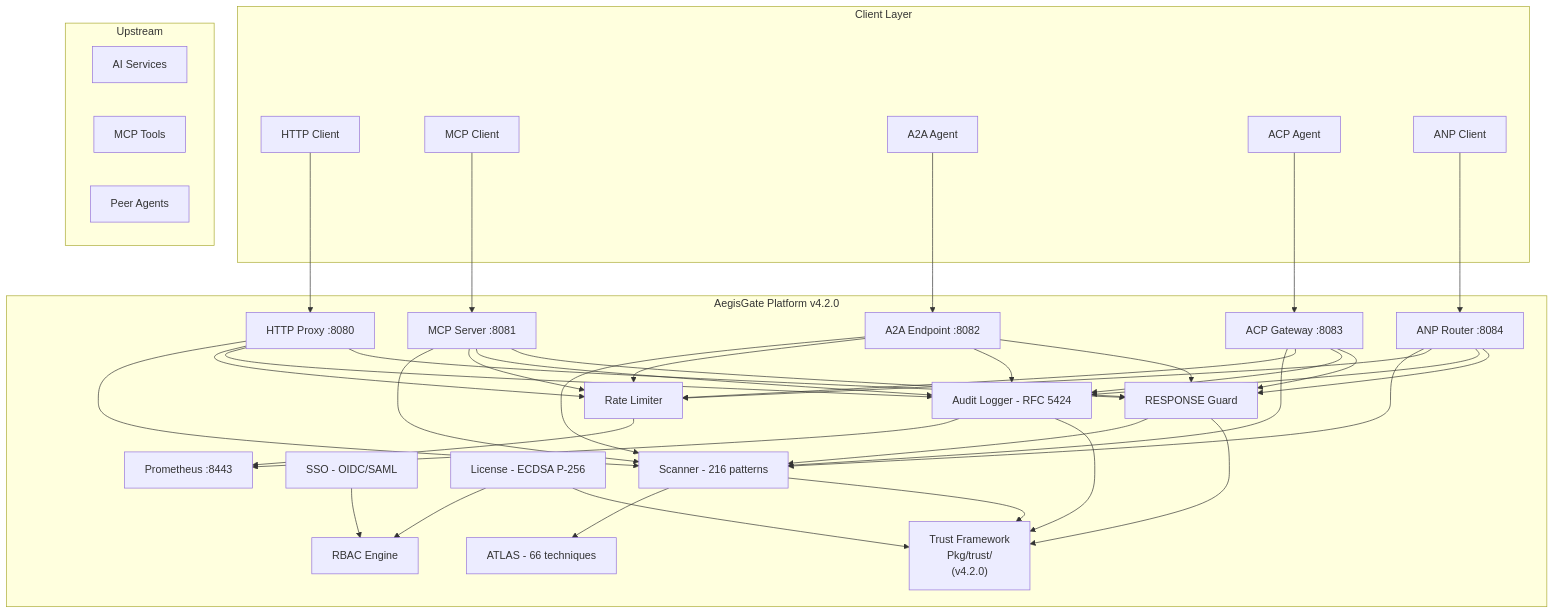
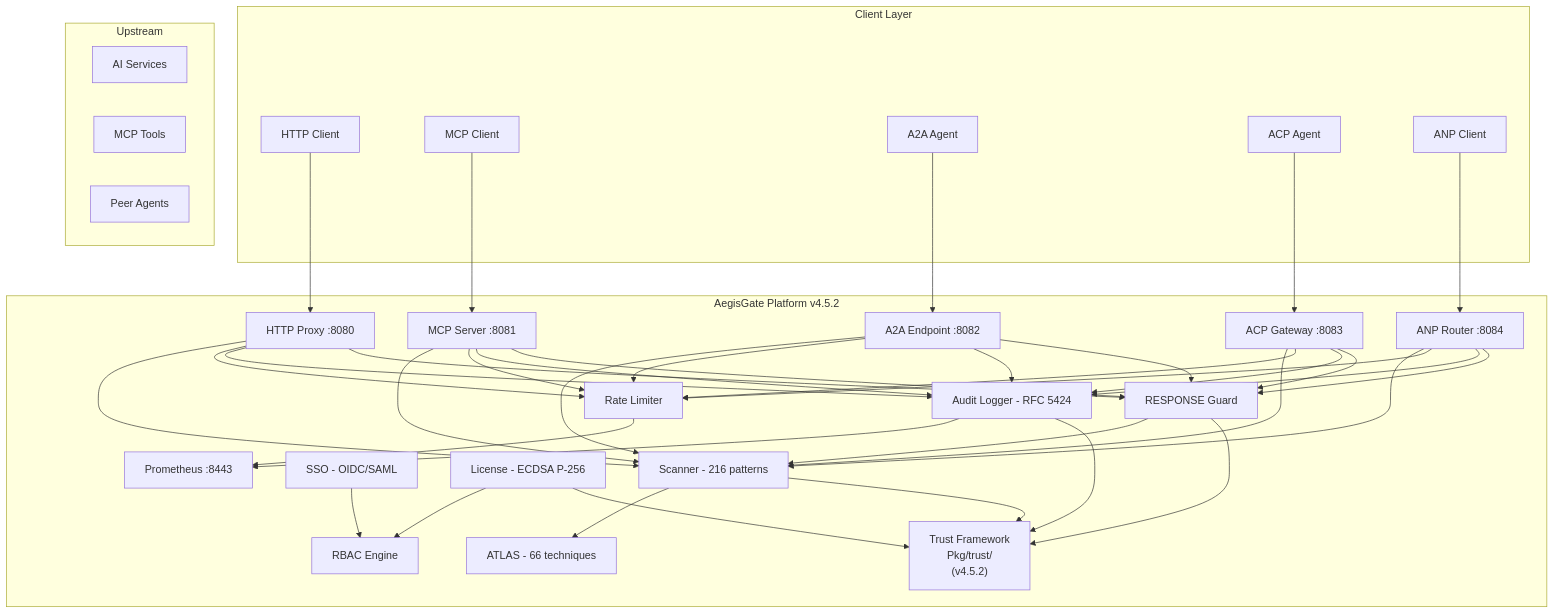
The diagram in content/tech.md (aegisgatesecurity/aegisgate-site), drawn with Mermaid before and after one commit. The commit also changed other lines of this file and 9 other files, not shown here.

```diff
--- a/content/tech.md
+++ b/content/tech.md
@@ -12,61 +12,61 @@
 {{< mermaid >}}
 flowchart TB
     subgraph Client["Client Layer"]
         A["HTTP Client"]
         B["MCP Client"]
         C["A2A Agent"]
         D["ACP Agent"]
         E["ANP Client"]
     end
 
-    subgraph AegisGate["AegisGate Platform v4.2.0"]
+    subgraph AegisGate["AegisGate Platform v4.5.2"]
         G["HTTP Proxy :8080"]
         H["MCP Server :8081"]
         I["A2A Endpoint :8082"]
         J["ACP Gateway :8083"]
         K["ANP Router :8084"]
         L["RESPONSE Guard"]
-        TR["Trust Framework\nPkg/trust/\n(v4.2.0)"]
+        TR["Trust Framework\nPkg/trust/\n(v4.5.2)"]
 
         M["Scanner - 216 patterns"]
         N["ATLAS - 66 techniques"]
         O["Rate Limiter"]
         P["Audit Logger - RFC 5424"]
 
         Q["SSO - OIDC/SAML"]
         R["RBAC Engine"]
         S["License - ECDSA P-256"]
 
         T["Prometheus :8443"]
     end
 
     subgraph Upstream["Upstream"]
         U["AI Services"]
         V["MCP Tools"]
         W["Peer Agents"]
     end
 
     A --> G
     B --> H
     C --> I
     D --> J
     E --> K
 
     G --> M & O & P & L
     H --> M & O & P & L
     I --> M & O & P & L
     J --> M & O & P & L
     K --> M & O & P & L
 
     M --> N
     L --> M
     O --> T
     P --> T
     Q --> R
     S --> R
 
     M --> TR
     L --> TR
     P --> TR
     S --> TR
 {{< /mermaid >}}
```
